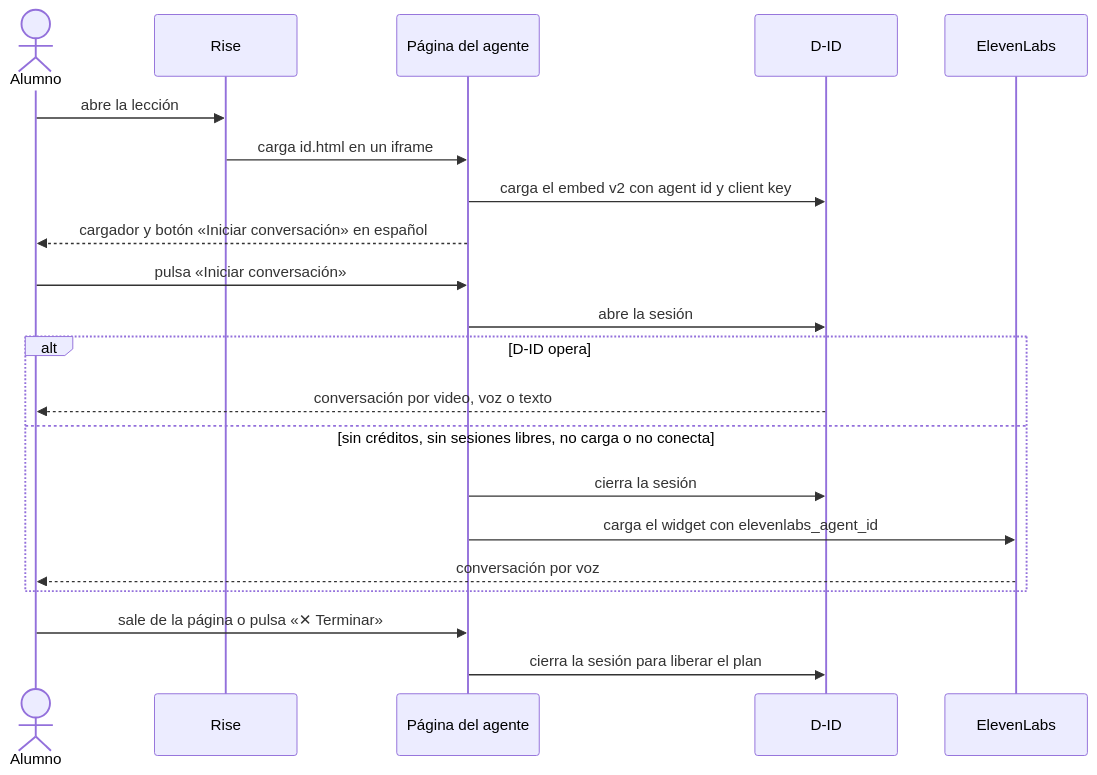
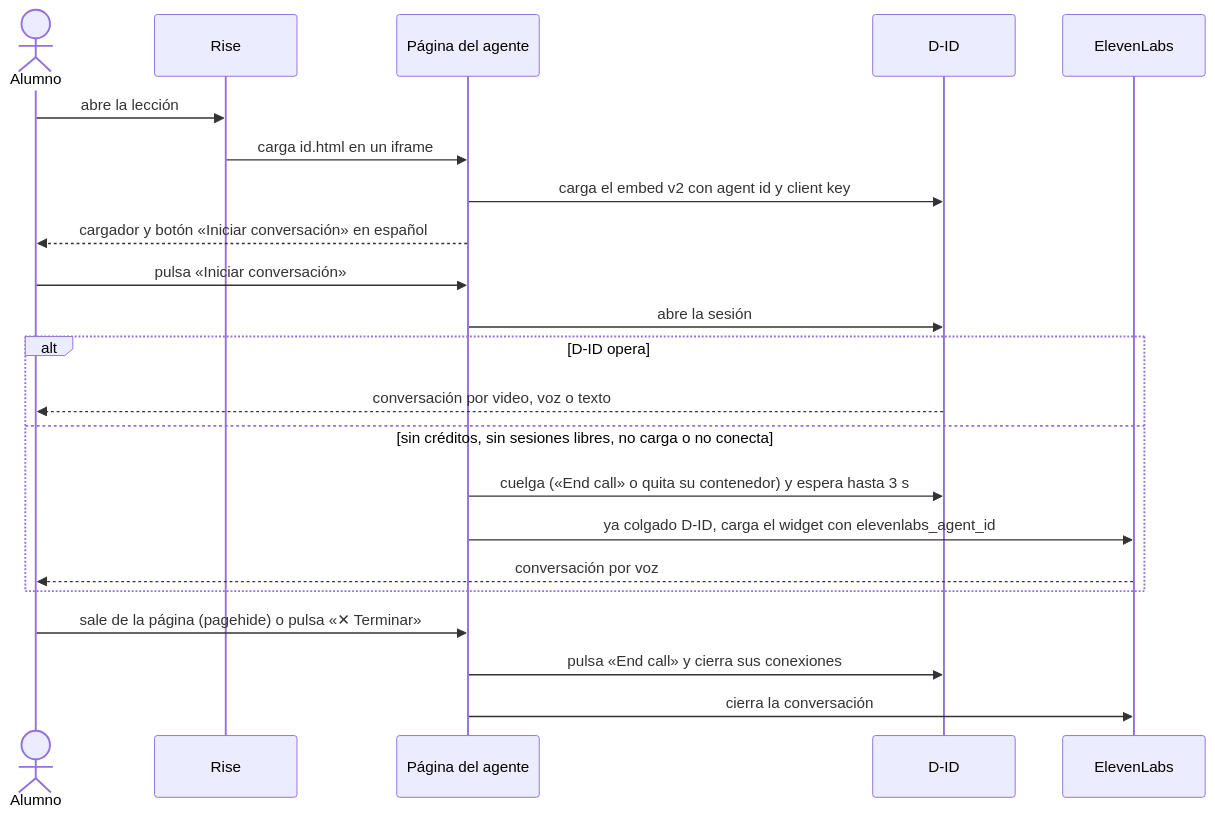
The third of 4 diagrams in docs/blueprint.md (Innovacion-AG/profesores), drawn with Mermaid before and after one commit. The commit also changed other lines of this file and 13 other files, not shown here.

First line of the commit message:
Cuelga D-ID antes del respaldo y al salir de la página (#11)

````diff
--- a/docs/blueprint.md
+++ b/docs/blueprint.md
@@ -71,23 +71,24 @@
 ```mermaid
 sequenceDiagram
   actor Alumno
   participant Rise
   participant Pagina as Página del agente
   participant DID as D-ID
   participant EL as ElevenLabs
   Alumno->>Rise: abre la lección
   Rise->>Pagina: carga id.html en un iframe
   Pagina->>DID: carga el embed v2 con agent id y client key
   Pagina-->>Alumno: cargador y botón «Iniciar conversación» en español
   Alumno->>Pagina: pulsa «Iniciar conversación»
   Pagina->>DID: abre la sesión
   alt D-ID opera
     DID-->>Alumno: conversación por video, voz o texto
   else sin créditos, sin sesiones libres, no carga o no conecta
-    Pagina->>DID: cierra la sesión
-    Pagina->>EL: carga el widget con elevenlabs_agent_id
+    Pagina->>DID: cuelga («End call» o quita su contenedor) y espera hasta 3 s
+    Pagina->>EL: ya colgado D-ID, carga el widget con elevenlabs_agent_id
     EL-->>Alumno: conversación por voz
   end
-  Alumno->>Pagina: sale de la página o pulsa «✕ Terminar»
-  Pagina->>DID: cierra la sesión para liberar el plan
+  Alumno->>Pagina: sale de la página (pagehide) o pulsa «✕ Terminar»
+  Pagina->>DID: pulsa «End call» y cierra sus conexiones
+  Pagina->>EL: cierra la conversación
 ```
````
